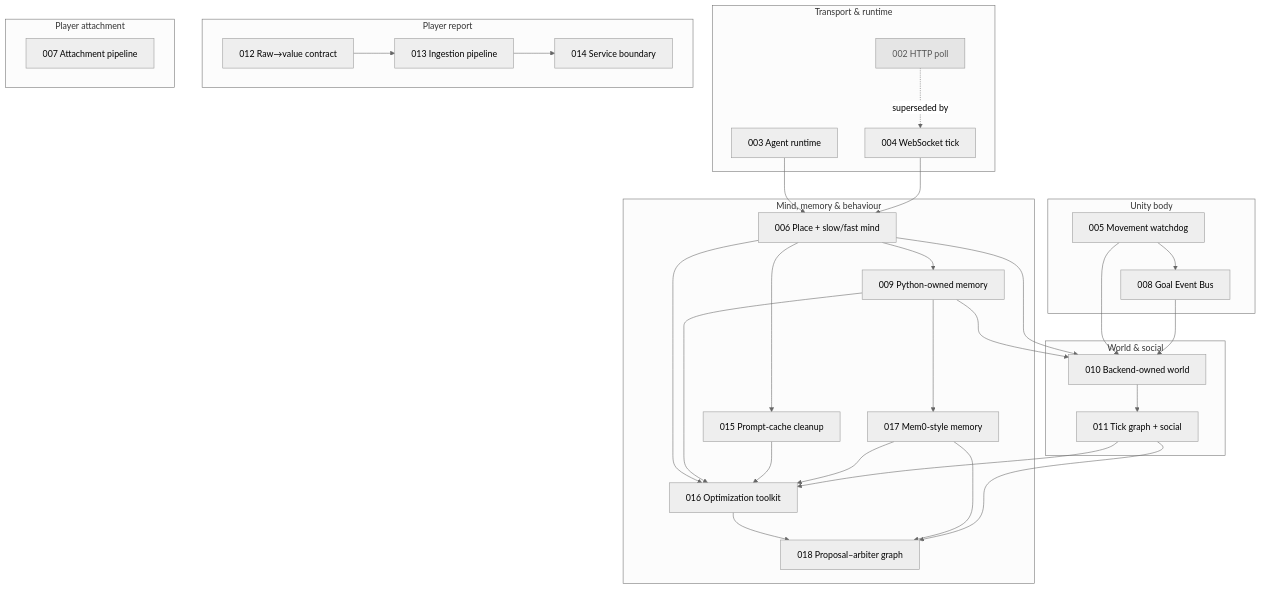
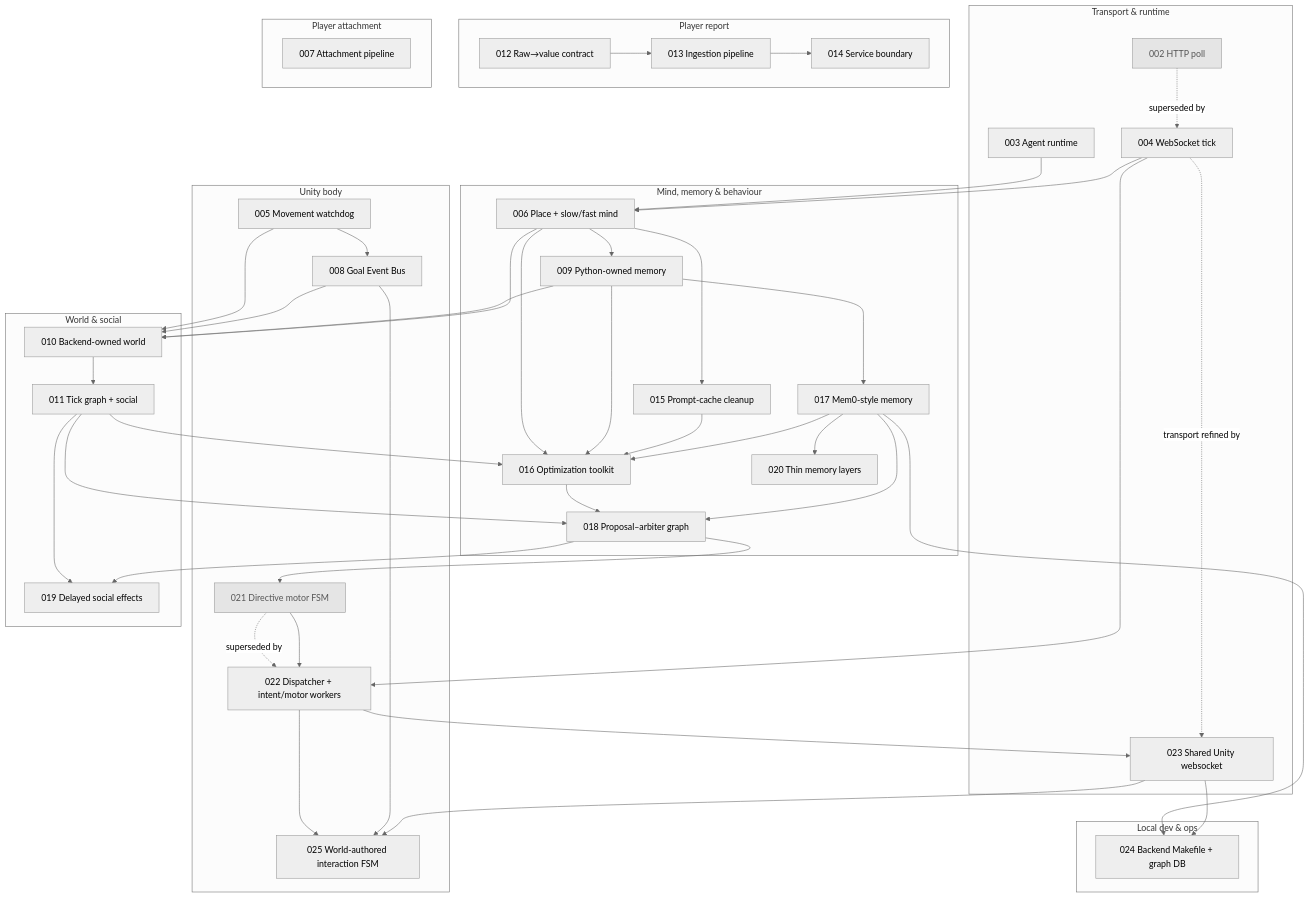
Before and after one commit to MewiLab/mewi: the diagram in docs/decisions/README.md, drawn with Mermaid (neutral theme). The commit also changed other lines of this file and 128 other files, not shown here.

Commit message:
modifed backend to one websocket and handling the architecture and also python

````diff
--- a/docs/decisions/README.md
+++ b/docs/decisions/README.md
@@ -53,14 +60,23 @@
     subgraph Transport["Transport & runtime"]
         A002[002 HTTP poll]
         A004[004 WebSocket tick]
+        A023[023 Shared Unity websocket]
         A003[003 Agent runtime]
         A002 -. superseded by .-> A004
+        A004 -. transport refined by .-> A023
     end
 
     subgraph Body["Unity body"]
         A005[005 Movement watchdog]
         A008[008 Goal Event Bus]
+        A021[021 Directive motor FSM]
+        A022[022 Dispatcher + intent/motor workers]
+        A025[025 World-authored interaction FSM]
         A005 --> A008
+        A021 -. superseded by .-> A022
+        A022 --> A023
+        A022 --> A025
+        A008 --> A025
     end
 
     subgraph Mind["Mind, memory & behaviour"]
@@ -70,6 +86,7 @@
         A016[016 Optimization toolkit]
         A017[017 Mem0-style memory]
         A018[018 Proposal–arbiter graph]
+        A020[020 Thin memory layers]
         A003 --> A006
         A006 --> A015
         A006 --> A009
@@ -80,12 +97,15 @@
         A017 --> A016
         A016 --> A018
         A017 --> A018
+        A017 --> A020
     end
 
     subgraph World["World & social"]
         A010[010 Backend-owned world]
         A011[011 Tick graph + social]
+        A019[019 Delayed social effects]
         A010 --> A011
+        A011 --> A019
     end
 
     subgraph Report["Player report"]
@@ -99,6 +119,10 @@
         A007[007 Attachment pipeline]
     end
 
+    subgraph DevOps["Local dev & ops"]
+        A024[024 Backend Makefile + graph DB]
+    end
+
     A004 --> A006
     A005 --> A010
     A008 --> A010
@@ -106,7 +130,14 @@
     A006 --> A010
     A011 --> A016
     A011 --> A018
+    A018 --> A019
+    A018 --> A021
+    A004 --> A022
+    A021 --> A022
+    A017 --> A024
+    A023 --> A024
+    A023 --> A025
 
     classDef sup fill:#E5E5E5,stroke:#999,color:#555
-    class A002 sup
+    class A002,A021 sup
 ```
````
